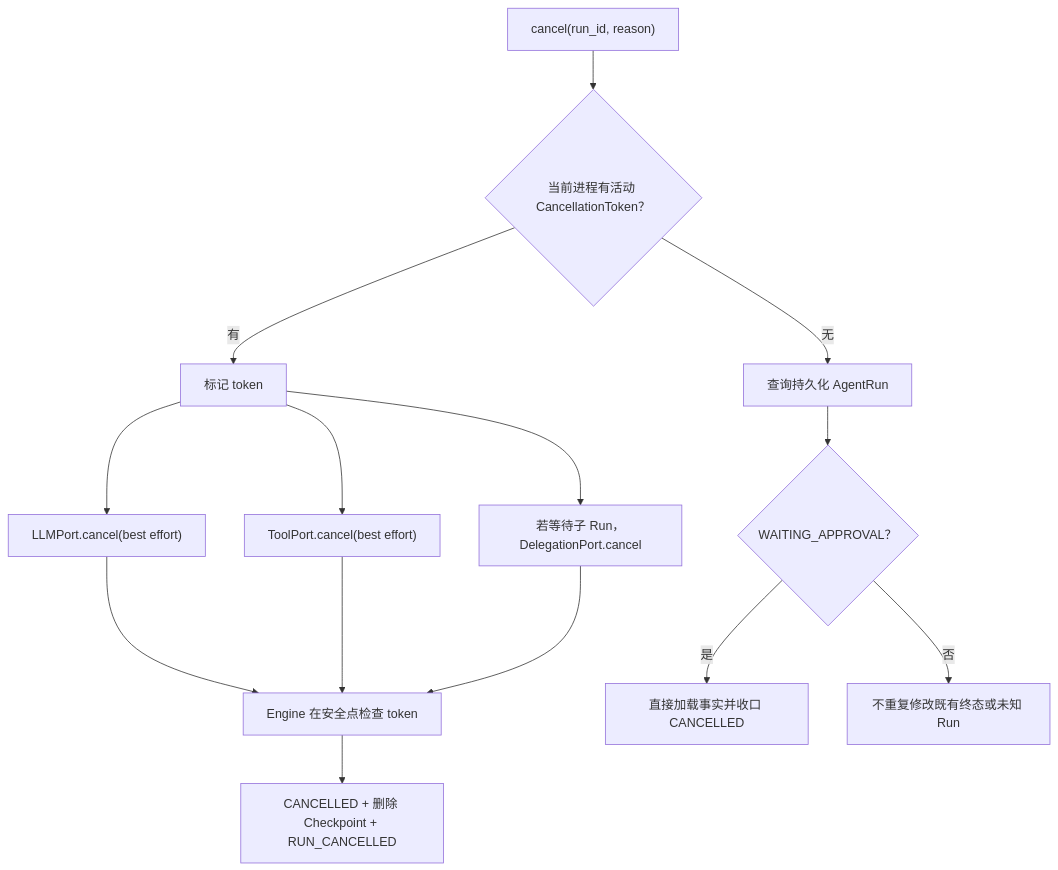
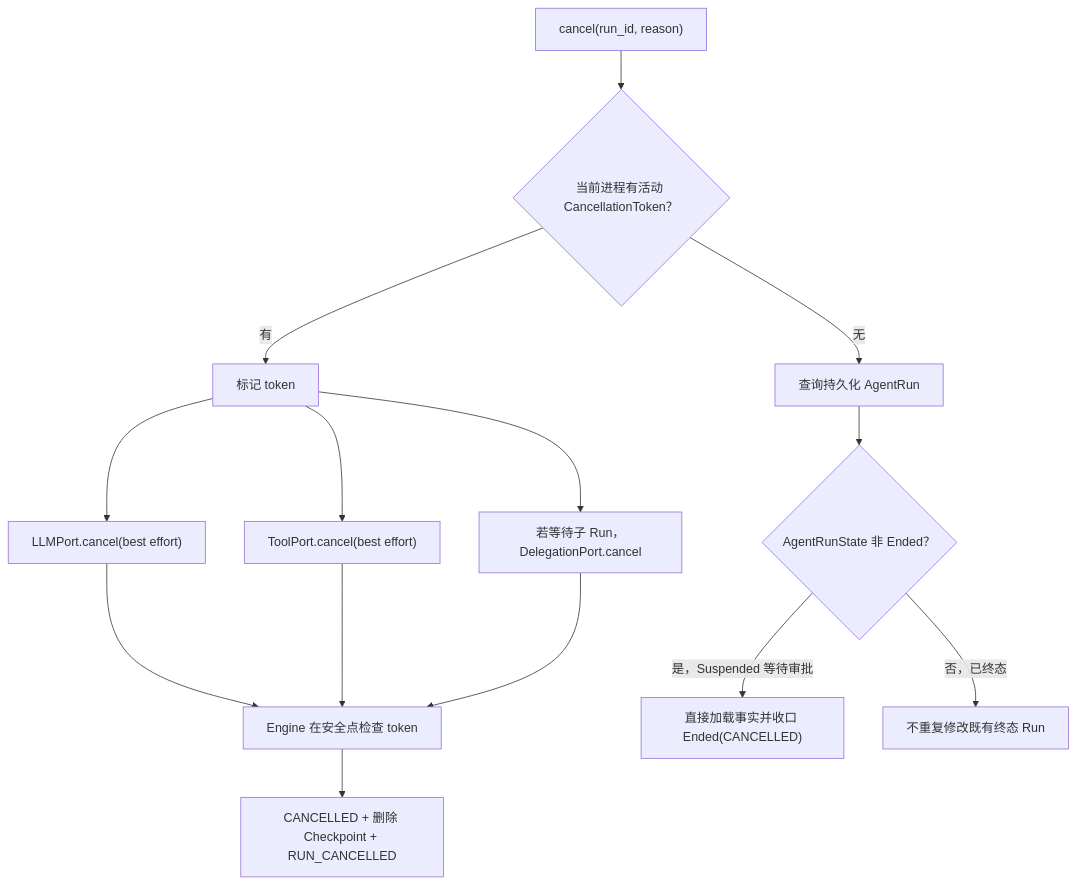
One commit to aandbcct/dotClaw changed diagram 13 of 14 in docs/wiki/Runtime 模块总体说明.md. Above: the diagram before and after it, drawn with Mermaid. The commit also changed other lines of this file and 12 other files, not shown here.

````diff
--- a/docs/wiki/Runtime 模块总体说明.md
+++ b/docs/wiki/Runtime 模块总体说明.md
@@ -1478,17 +1509,17 @@
 ```mermaid
 flowchart TD
     Cancel["cancel(run_id, reason)"] --> Token{"当前进程有活动 CancellationToken？"}
     Token -->|有| Mark["标记 token"]
     Mark --> LLM["LLMPort.cancel(best effort)"]
     Mark --> Tool["ToolPort.cancel(best effort)"]
     Mark --> Child["若等待子 Run，DelegationPort.cancel"]
     LLM --> Safe["Engine 在安全点检查 token"]
     Tool --> Safe
     Child --> Safe
     Safe --> Terminal["CANCELLED + 删除 Checkpoint + RUN_CANCELLED"]
 
     Token -->|无| Lookup["查询持久化 AgentRun"]
-    Lookup --> Waiting{"WAITING_APPROVAL？"}
-    Waiting -->|是| Direct["直接加载事实并收口 CANCELLED"]
-    Waiting -->|否| Ignore["不重复修改既有终态或未知 Run"]
+    Lookup --> Waiting{"AgentRunState 非 Ended？"}
+    Waiting -->|是，Suspended 等待审批| Direct["直接加载事实并收口 Ended(CANCELLED)"]
+    Waiting -->|否，已终态| Ignore["不重复修改既有终态 Run"]
 ```
````
